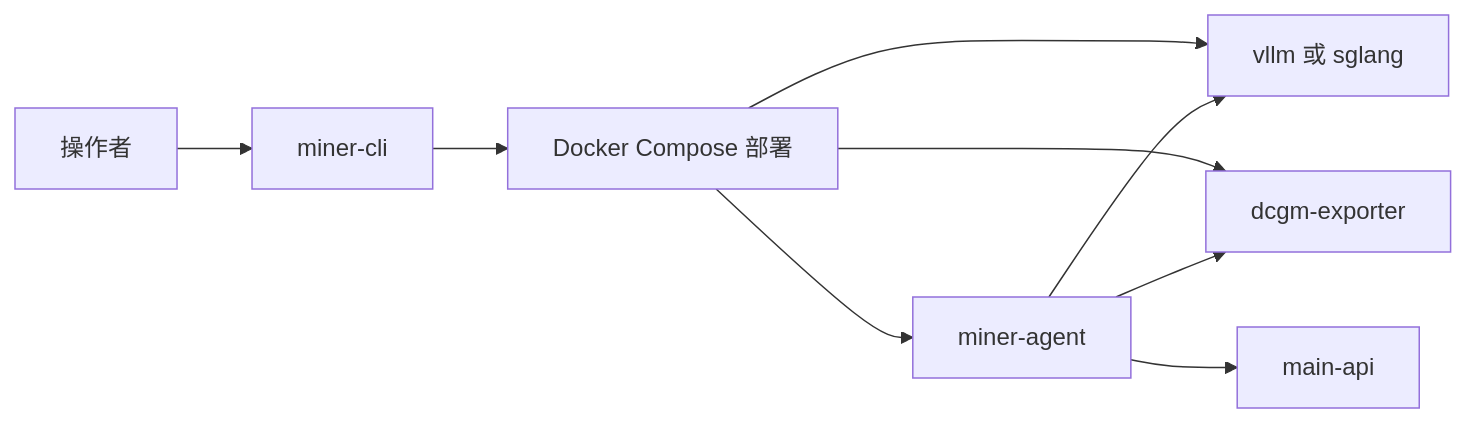
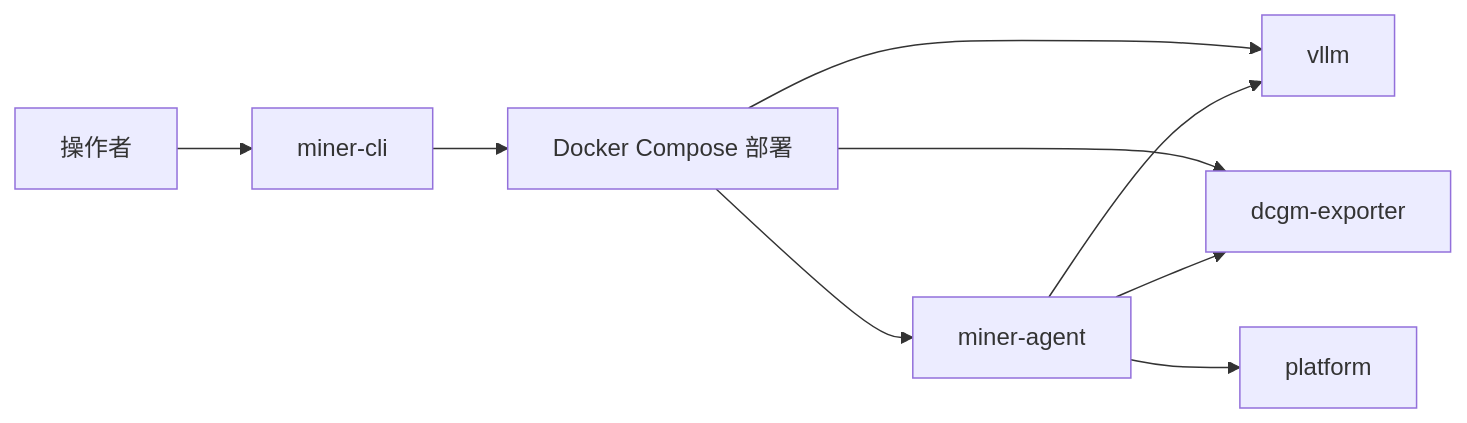
The first of 2 diagrams in i18n/zh-Hans/docusaurus-plugin-content-docs/current/architecture/topology-and-flows.md (BTT-AI-labs/BTT-InferGrid-docs), drawn with Mermaid before and after one commit. The commit also changed other lines of this file and 2 other files, not shown here.

````diff
--- a/i18n/zh-Hans/docusaurus-plugin-content-docs/current/architecture/topology-and-flows.md
+++ b/i18n/zh-Hans/docusaurus-plugin-content-docs/current/architecture/topology-and-flows.md
@@ -10,19 +10,19 @@
 ```mermaid
 flowchart LR
   operator["操作者"]
   cli["miner-cli"]
   compose["Docker Compose 部署"]
-  runtime["vllm 或 sglang"]
+  runtime["vllm"]
   dcgm["dcgm-exporter"]
   agent["miner-agent"]
-  api["main-api"]
+  api["platform"]
 
   operator --> cli
   cli --> compose
   compose --> runtime
   compose --> dcgm
   compose --> agent
   agent --> runtime
   agent --> dcgm
   agent --> api
 ```
````
